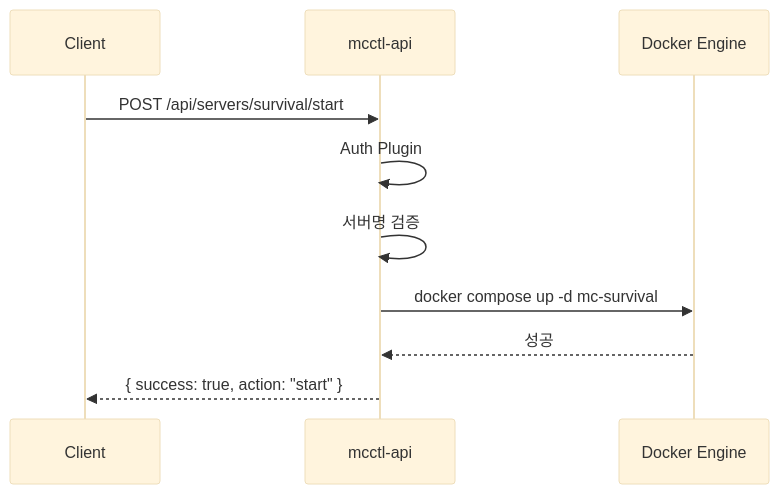
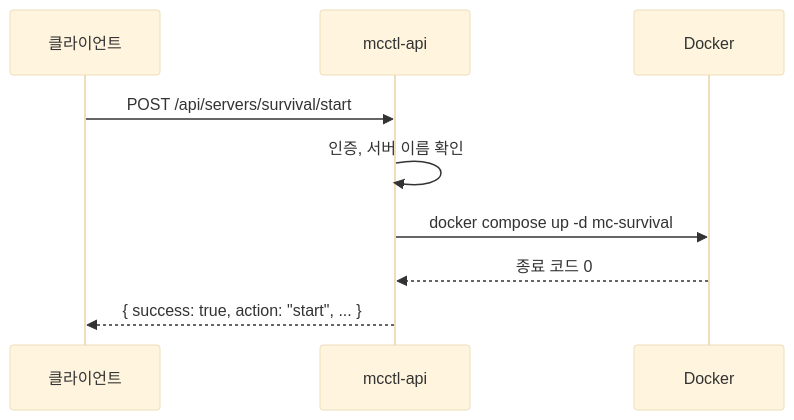
One commit to smallmiro/minecraft-server-manager changed the second of 5 diagrams in docs/api/index.ko.md. Above: the diagram before and after it, drawn with Mermaid (base theme). The commit also changed other lines of this file and 9 other files, not shown here.

````diff
--- a/docs/api/index.ko.md
+++ b/docs/api/index.ko.md
@@ -94,13 +46,12 @@
 ```mermaid
 sequenceDiagram
-    participant C as Client
+    participant C as 클라이언트
     participant A as mcctl-api
-    participant D as Docker Engine
+    participant D as Docker
 
     C->>A: POST /api/servers/survival/start
-    A->>A: Auth Plugin
-    A->>A: 서버명 검증
+    A->>A: 인증, 서버 이름 확인
     A->>D: docker compose up -d mc-survival
-    D-->>A: 성공
-    A-->>C: { success: true, action: "start" }
+    D-->>A: 종료 코드 0
+    A-->>C: { success: true, action: "start", ... }
 ```
````
